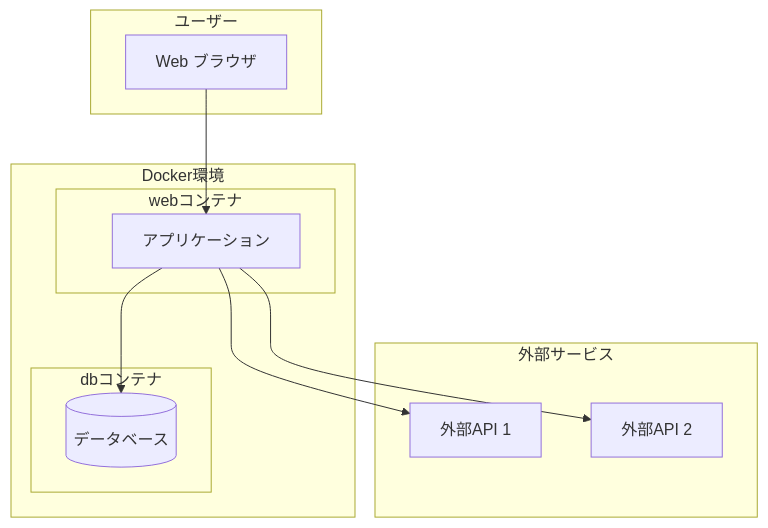
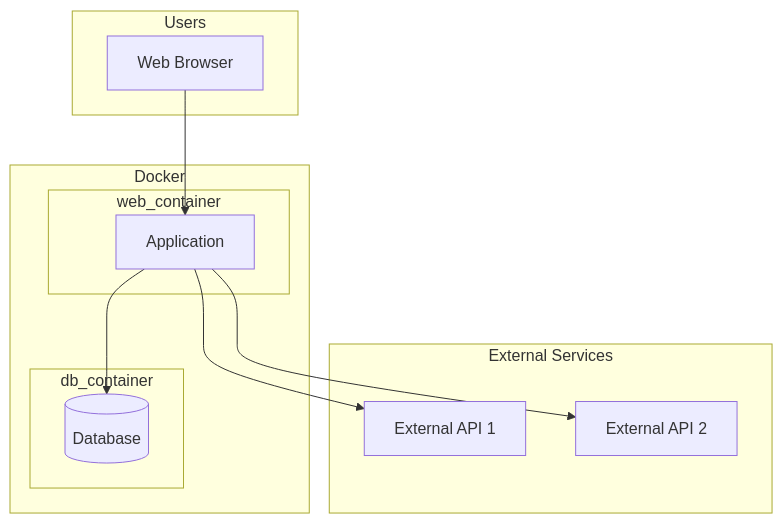
One commit to aToy0m0/skills changed the second of 6 diagrams in generate-docs/TEMPLATES.md. Above: the diagram before and after it, drawn with Mermaid. The commit also changed other lines of this file and 5 other files, not shown here.

````diff
--- a/generate-docs/TEMPLATES.md
+++ b/generate-docs/TEMPLATES.md
@@ -53,25 +53,25 @@
 ```mermaid
 graph TB
-    subgraph ユーザー
-        Browser[Web ブラウザ]
+    subgraph Users
+        Browser[Web Browser]
     end
 
-    subgraph Docker環境
-        subgraph webコンテナ
-            App[アプリケーション]
+    subgraph Docker
+        subgraph web_container
+            App[Application]
         end
-        subgraph dbコンテナ
-            DB[(データベース)]
+        subgraph db_container
+            DB[(Database)]
         end
     end
 
-    subgraph 外部サービス
-        ExtAPI1[外部API 1]
-        ExtAPI2[外部API 2]
+    subgraph External Services
+        ExtAPI1[External API 1]
+        ExtAPI2[External API 2]
     end
 
     Browser --> App
     App --> DB
     App --> ExtAPI1
     App --> ExtAPI2
 ```
````
